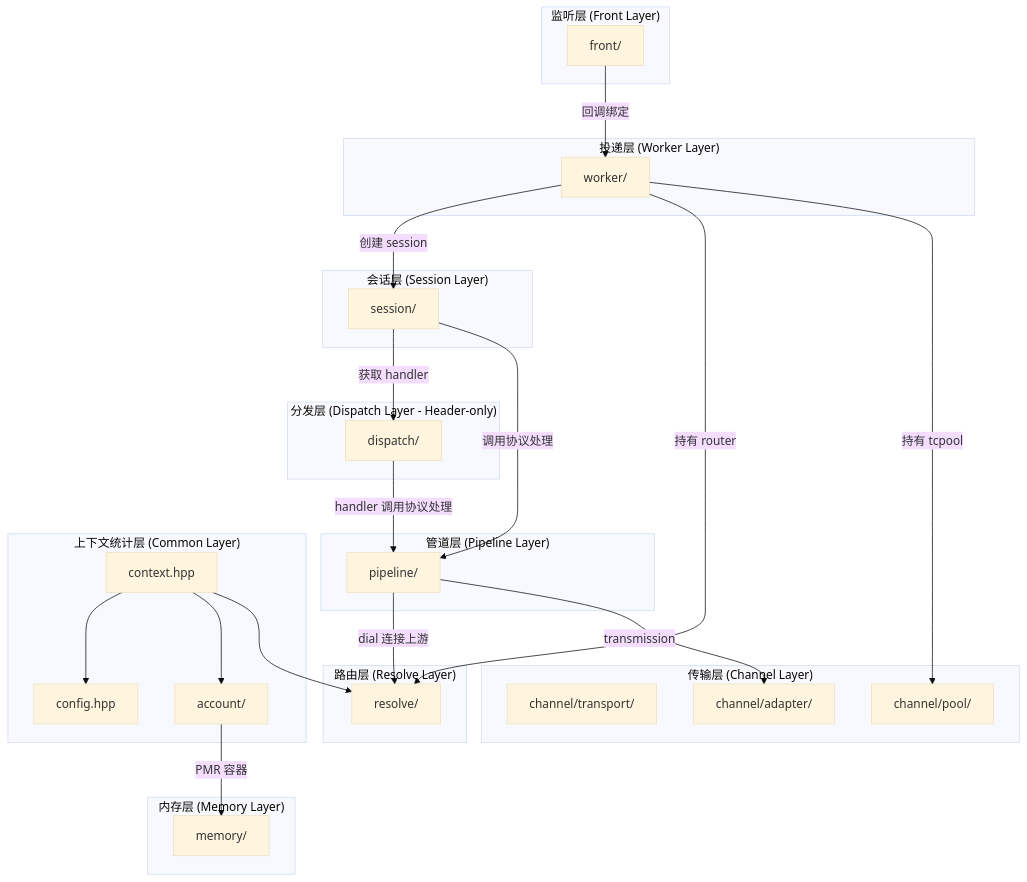
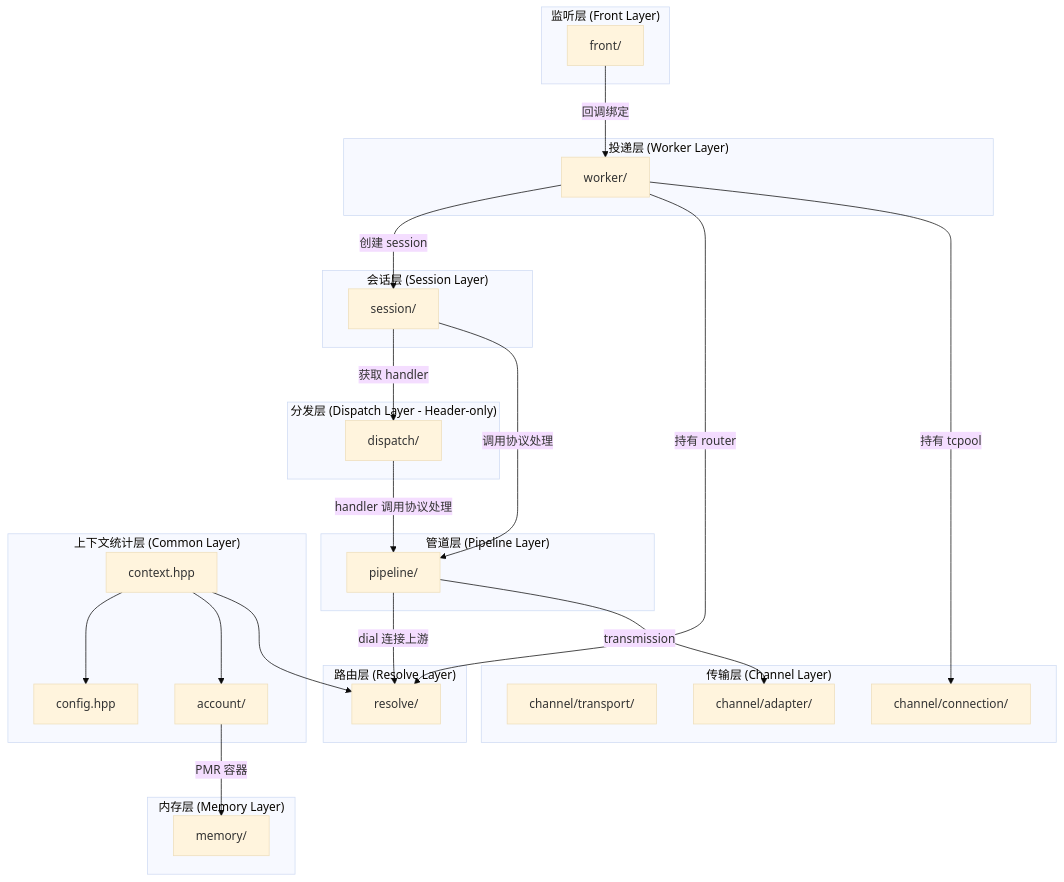
One commit to Hatedatastructures/Prism changed the first of 3 diagrams in docs/reference/dependencies.md. Above: the diagram before and after it, drawn with Mermaid (base theme). The commit also changed other lines of this file and 23 other files, not shown here.

````diff
--- a/docs/reference/dependencies.md
+++ b/docs/reference/dependencies.md
@@ -22,56 +23,56 @@
 ```mermaid
 graph TB
     subgraph "监听层 (Front Layer)"
         front[front/]
     end
 
     subgraph "投递层 (Worker Layer)"
         worker[worker/]
     end
 
     subgraph "会话层 (Session Layer)"
         session[session/]
     end
 
     subgraph "分发层 (Dispatch Layer - Header-only)"
         dispatch[dispatch/]
     end
 
     subgraph "管道层 (Pipeline Layer)"
         pipeline[pipeline/]
     end
 
     subgraph "路由层 (Resolve Layer)"
         resolve[resolve/]
     end
 
     subgraph "传输层 (Channel Layer)"
         transport[channel/transport/]
-        pool[channel/pool/]
+        pool[channel/connection/]
         adapter[channel/adapter/]
     end
 
     subgraph "上下文统计层 (Common Layer)"
         account[account/]
         context[context.hpp]
         config[config.hpp]
     end
 
     subgraph "内存层 (Memory Layer)"
         memory[memory/]
     end
 
     front -->|回调绑定| worker
     worker -->|创建 session| session
     worker -->|持有 router| resolve
     worker -->|持有 tcpool| pool
     session -->|获取 handler| dispatch
     session -->|调用协议处理| pipeline
     dispatch -->|handler 调用协议处理| pipeline
     pipeline -->|dial 连接上游| resolve
     pipeline -->|transmission| adapter
     account -->|PMR 容器| memory
     context --> config
     context --> account
     context --> resolve
 ```
````
